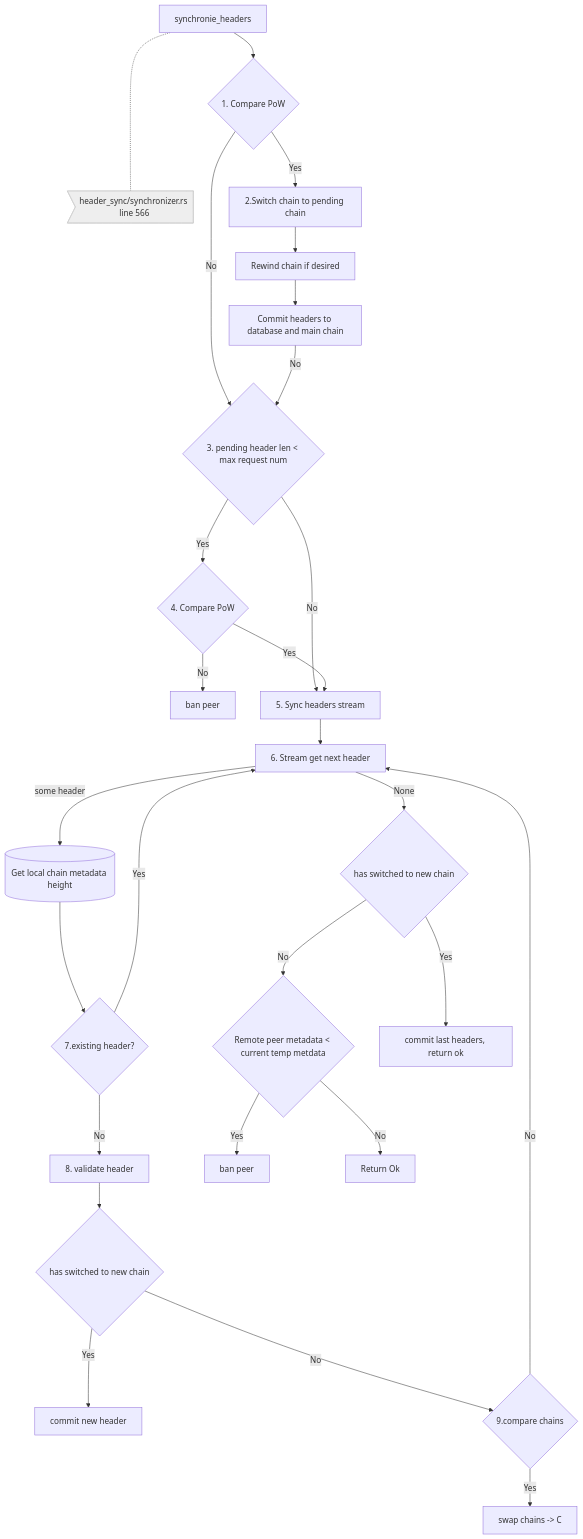
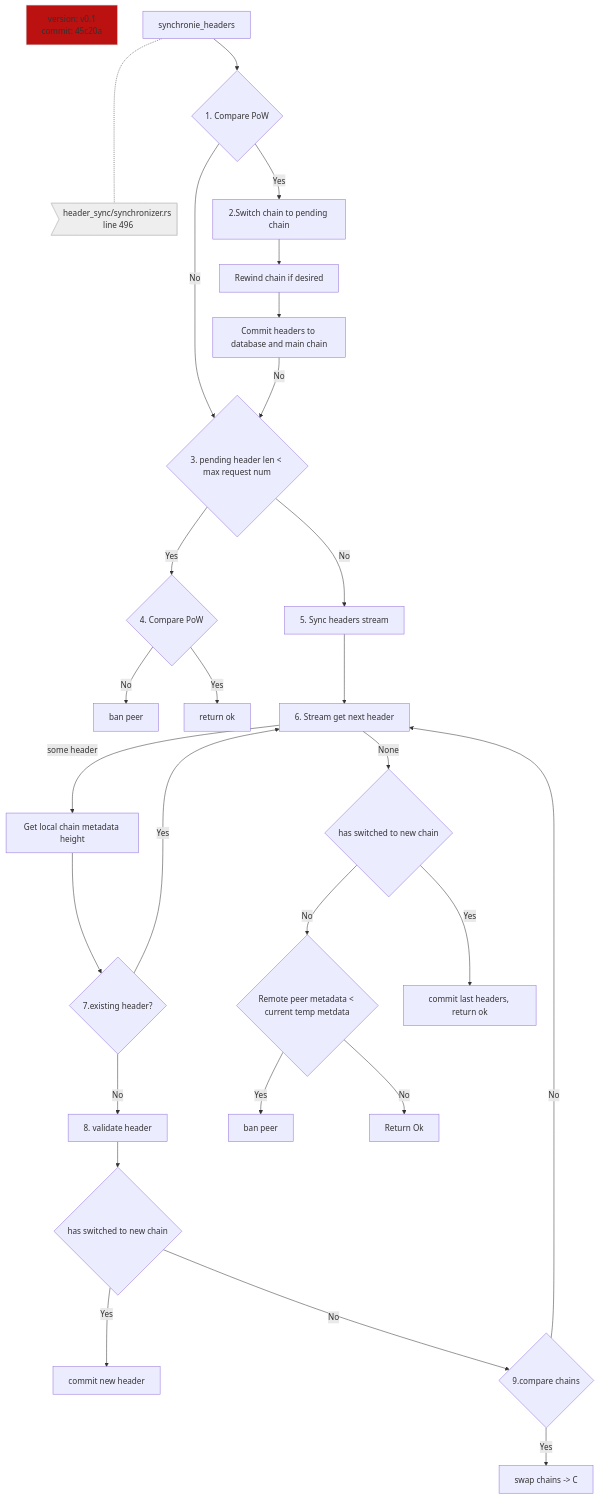
One commit to tari-project/tari changed the third of 3 diagrams in docs/src/diagrams/header_sync.md. Above: the diagram before and after it, drawn with Mermaid. The commit also changed other lines of this file, not shown here.

Commit message:
fix header sync diagrams

````diff
--- a/docs/src/diagrams/header_sync.md
+++ b/docs/src/diagrams/header_sync.md
@@ -60,32 +66,35 @@
 ```mermaid
 flowchart TD
-    A -..- N1>header_sync/synchronizer.rs line 566]
+    META[version: v0.1</br>commit: 45c20a]
+    A -..- N1>header_sync/synchronizer.rs line 496]
     A[synchronie_headers] --> B{1. Compare PoW}
     B --> |Yes| C[2.Switch chain to pending chain]
     C --> D[Rewind chain if desired]
     D --> E[Commit headers to database and main chain]
     B --> |No|F{3. pending header len < max request num}
     E --> |No|F
     F --> |Yes|G{4. Compare PoW}
     G --> |No|H[ban peer]
     F --> |No| I[5. Sync headers stream]
-    G --> |Yes| I
+    G --> |Yes| IA[return ok]
     I --> J[6. Stream get next header]
-    J -->|some header| K[(Get local chain metadata height)]
+    J -->|some header| K[Get local chain metadata height]
     K --> L{7.existing header?}
     L --> |Yes|J
     L --> |No|M[8. validate header]
     M --> N{has switched to new chain}
     N --> |Yes|O[commit new header]
     N --> |No| P{9.compare chains}
     P --> |Yes| Q[swap chains -> C]
     P --> |No| J
     J --> |None| R{has switched to new chain}
     R --> |No|S{Remote peer metadata < current temp metdata}
     R --> |Yes|V[commit last headers, return ok]
     S --> |Yes|T[ban peer]
     S --> |No| U[Return Ok]
 
     N1:::note
+    META:::meta
    classDef note fill:#eee,stroke:#ccc
+   classDef meta fill:#b11,stroke:#ccc
 ```
````
